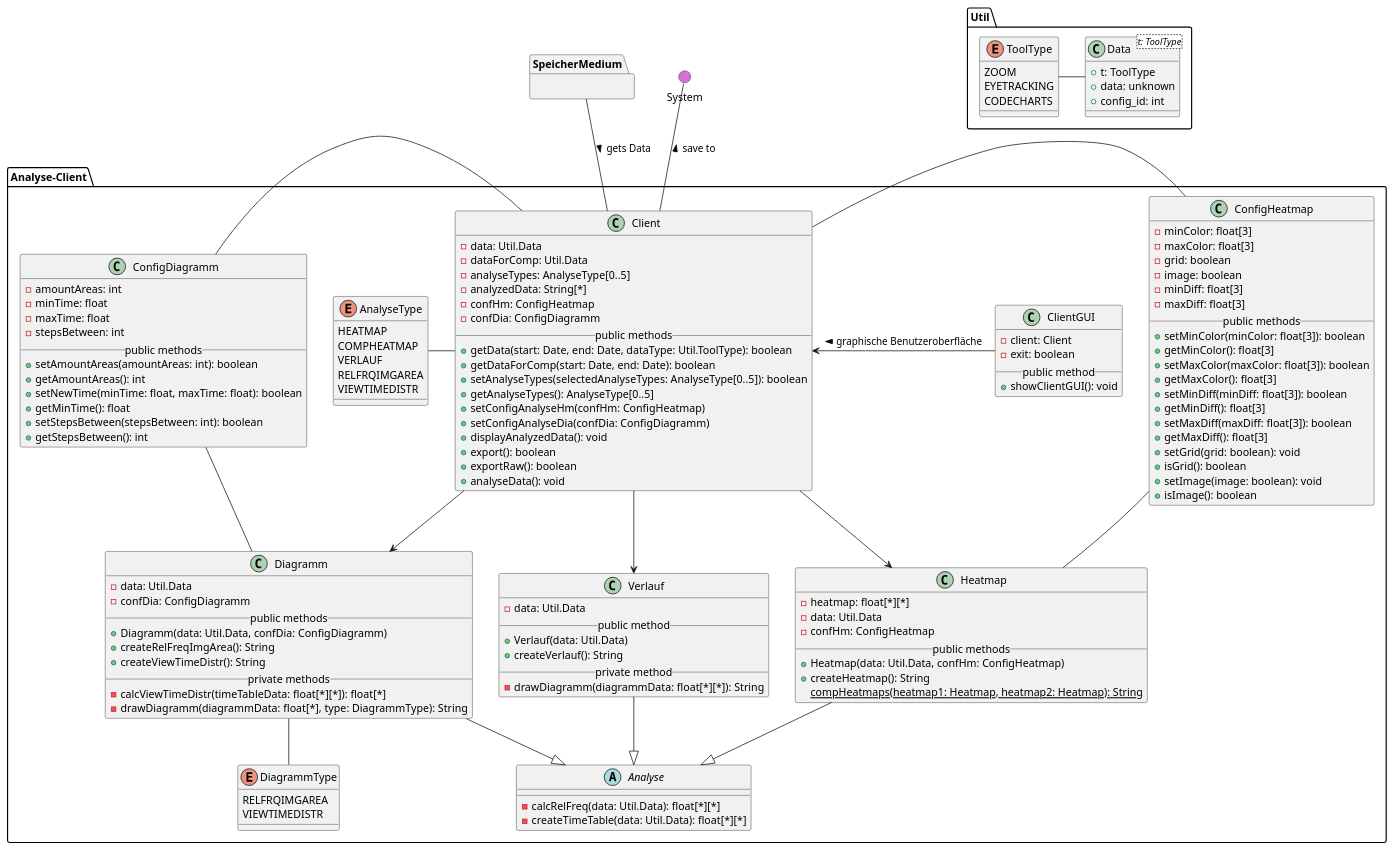
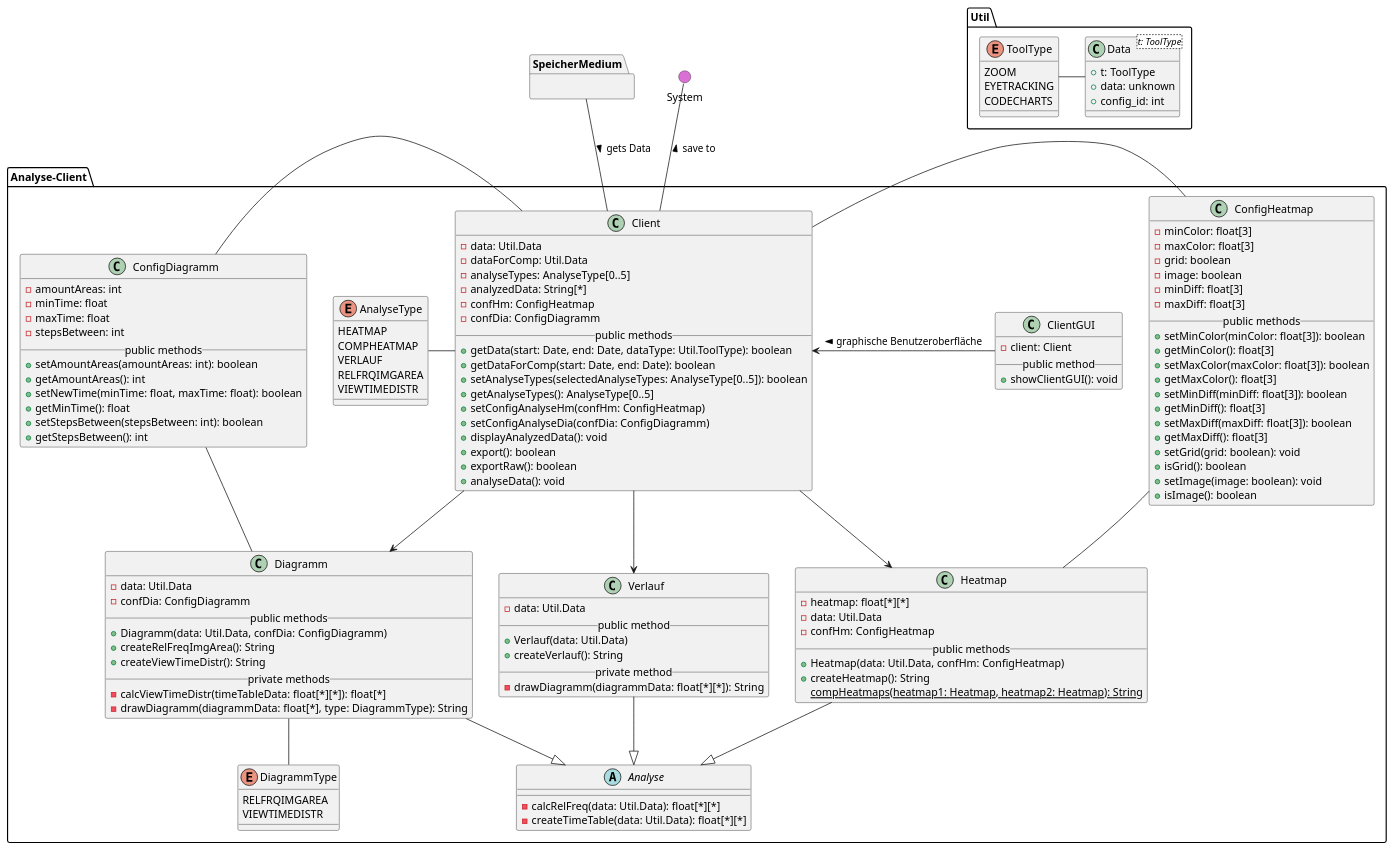
One commit to weichware-10/dokumente changed the diagram in uml-class/analyseclient/analyseclient.puml. Above: the diagram before and after it, drawn with PlantUML.

```diff
--- a/uml-class/analyseclient/analyseclient.puml
+++ b/uml-class/analyseclient/analyseclient.puml
@@ -1,176 +1,175 @@
 @startuml analyseclient
 
 ' === ANALYSE CLIENT ===
 package Analyse-Client{
 
     ' Client
     class Client {
         - data: Util.Data
         - dataForComp: Util.Data
         - analyseTypes: AnalyseType[0..5]
         - analyzedData: String[*]
         - confHm: ConfigHeatmap
         - confDia: ConfigDiagramm
         __public methods__
         + getData(start: Date, end: Date, dataType: Util.ToolType): boolean
         + getDataForComp(start: Date, end: Date): boolean
         + setAnalyseTypes(selectedAnalyseTypes: AnalyseType[0..5]): boolean
         + getAnalyseTypes(): AnalyseType[0..5]
         + setConfigAnalyseHm(confHm: ConfigHeatmap)
         + setConfigAnalyseDia(confDia: ConfigDiagramm)
         + displayAnalyzedData(): void
         + export(): boolean
         + exportRaw(): boolean
         + analyseData(): void
     }
 
     ' Analyse
     abstract Analyse {
         - calcRelFreq(data: Util.Data): float[*][*]
         - createTimeTable(data: Util.Data): float[*][*]
     }
 
     ' Heatmap
     class Heatmap {
         - heatmap: float[*][*]
         - data: Util.Data
         - confHm: ConfigHeatmap
         __public methods__
         + Heatmap(data: Util.Data, confHm: ConfigHeatmap) 
         + createHeatmap(): String
         {static} compHeatmaps(heatmap1: Heatmap, heatmap2: Heatmap): String
     }
 
     ' Verlauf
     class Verlauf {
         - data: Util.Data
         __public method__
         + Verlauf(data: Util.Data)
         + createVerlauf(): String
         __private method__
         - drawDiagramm(diagrammData: float[*][*]): String
     }
 
     ' Diagramm
     class Diagramm {
         - data: Util.Data
         - confDia: ConfigDiagramm
         __public methods__
         + Diagramm(data: Util.Data, confDia: ConfigDiagramm)
         + createRelFreqImgArea(): String
         + createViewTimeDistr(): String
         __private methods__
         - calcViewTimeDistr(timeTableData: float[*][*]): float[*]
         - drawDiagramm(diagrammData: float[*], type: DiagrammType): String
     }
 
     ' ConfigDiagramm
     class ConfigDiagramm {
         - amountAreas: int
         - minTime: float
         - maxTime: float
         - stepsBetween: int
         __public methods__
         + setAmountAreas(amountAreas: int): boolean
         + getAmountAreas(): int
         + setNewTime(minTime: float, maxTime: float): boolean
         + getMinTime(): float
         + setStepsBetween(stepsBetween: int): boolean
         + getStepsBetween(): int
     }
 
     ' ConfigHeatmap
     class ConfigHeatmap {
         - minColor: float[3]
         - maxColor: float[3]
         - grid: boolean
         - image: boolean
         - minDiff: float[3]
         - maxDiff: float[3]
         __public methods__
         + setMinColor(minColor: float[3]): boolean
         + getMinColor(): float[3]
         + setMaxColor(maxColor: float[3]): boolean
         + getMaxColor(): float[3]
         + setMinDiff(minDiff: float[3]): boolean
         + getMinDiff(): float[3]
         + setMaxDiff(maxDiff: float[3]): boolean
         + getMaxDiff(): float[3]
         + setGrid(grid: boolean): void
         + isGrid(): boolean
         + setImage(image: boolean): void
         + isImage(): boolean
     }
 
     ' DiagrammType
     enum DiagrammType {
         RELFRQIMGAREA
         VIEWTIMEDISTR 
     }
 
     ' Type
     enum AnalyseType {
         HEATMAP
         COMPHEATMAP
         VERLAUF
         RELFRQIMGAREA
         VIEWTIMEDISTR
     }
 
     ' ClientGUI
     class ClientGUI {
         - client: Client
-        - exit: boolean
         __public method__
         + showClientGUI(): void
     }
 
     ' Vererbung
     Analyse <|-u- Heatmap
     Analyse <|-u- Verlauf
     Analyse <|-u- Diagramm
 
     ' Interaktionen
     Client -d-> Heatmap
     Client -d-> Verlauf
     Client -d-> Diagramm
     Client -l- AnalyseType
     Client <-r- ClientGUI : < graphische Benutzeroberfläche
     Diagramm -- DiagrammType
     ConfigDiagramm -- Diagramm
     ConfigDiagramm -r- Client
     ConfigHeatmap -- Heatmap
     ConfigHeatmap -l- Client
 
 }
 
 ' Blackbox
 package SpeicherMedium {}
 
 package Util {
 
     ' Typen der erhobenen Daten
     enum ToolType {
         ZOOM
         EYETRACKING
         CODECHARTS
     }
 
     ' Daten
     class Data<t: ToolType> {
         + t: ToolType
         + data: unknown
         + config_id: int
     }
 
     ' Interaktionen
     Data -l- ToolType
 }
 
 () System #DA70D5
 
 ' Interaktionen
 Client -u- System: > save to
 Client -u- SpeicherMedium : < gets Data
 
 @enduml
```
